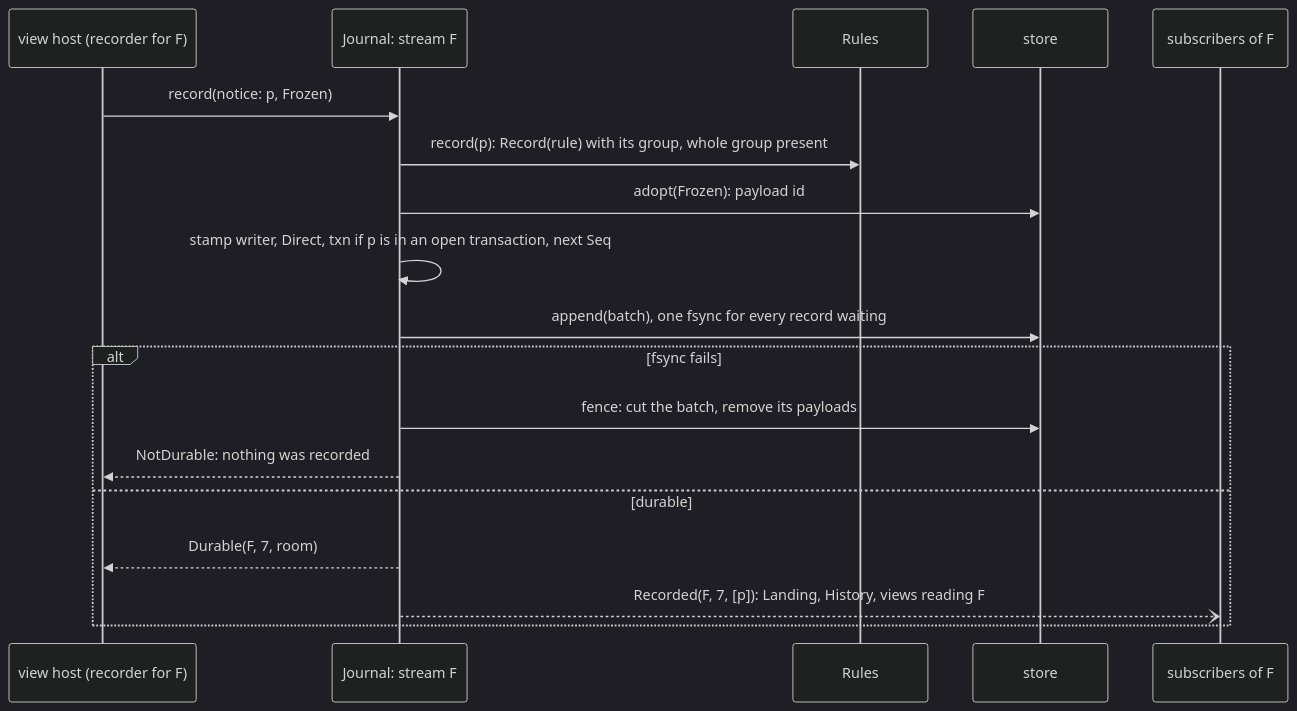
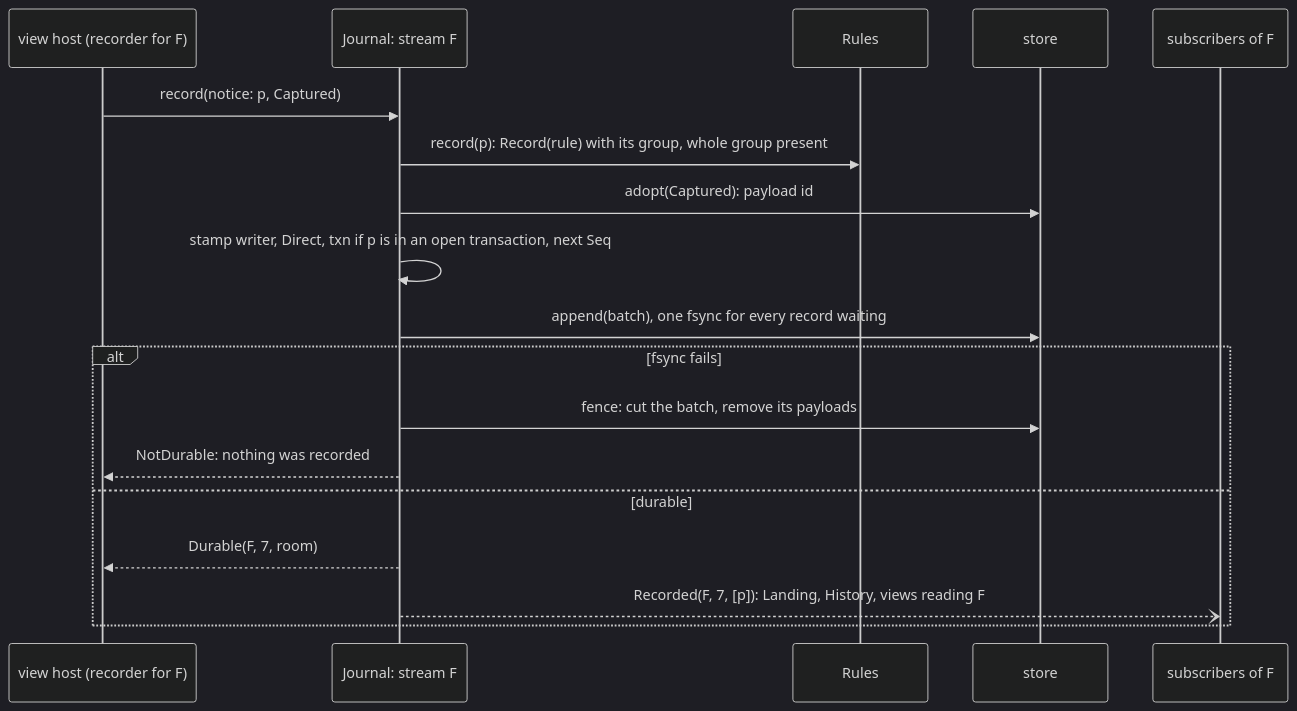
Before and after one commit to mcurcio/agentfs: the fifth of 6 diagrams in docs/target-architecture/domains/journal.md, drawn with Mermaid (dark theme). The commit also changed other lines of this file and 13 other files, not shown here.

````diff
--- a/docs/target-architecture/domains/journal.md
+++ b/docs/target-architecture/domains/journal.md
@@ -246,20 +245,20 @@
 ```mermaid
 sequenceDiagram
   participant V as view host (recorder for F)
   participant J as Journal: stream F
   participant R as Rules
   participant S as store
   participant Sub as subscribers of F
-  V->>J: record(notice: p, Frozen)
+  V->>J: record(notice: p, Captured)
   J->>R: record(p): Record(rule) with its group, whole group present
-  J->>S: adopt(Frozen): payload id
+  J->>S: adopt(Captured): payload id
   J->>J: stamp writer, Direct, txn if p is in an open transaction, next Seq
   J->>S: append(batch), one fsync for every record waiting
   alt fsync fails
     J->>S: fence: cut the batch, remove its payloads
     J-->>V: NotDurable: nothing was recorded
   else durable
     J-->>V: Durable(F, 7, room)
     J--)Sub: Recorded(F, 7, [p]): Landing, History, views reading F
   end
 ```
````
